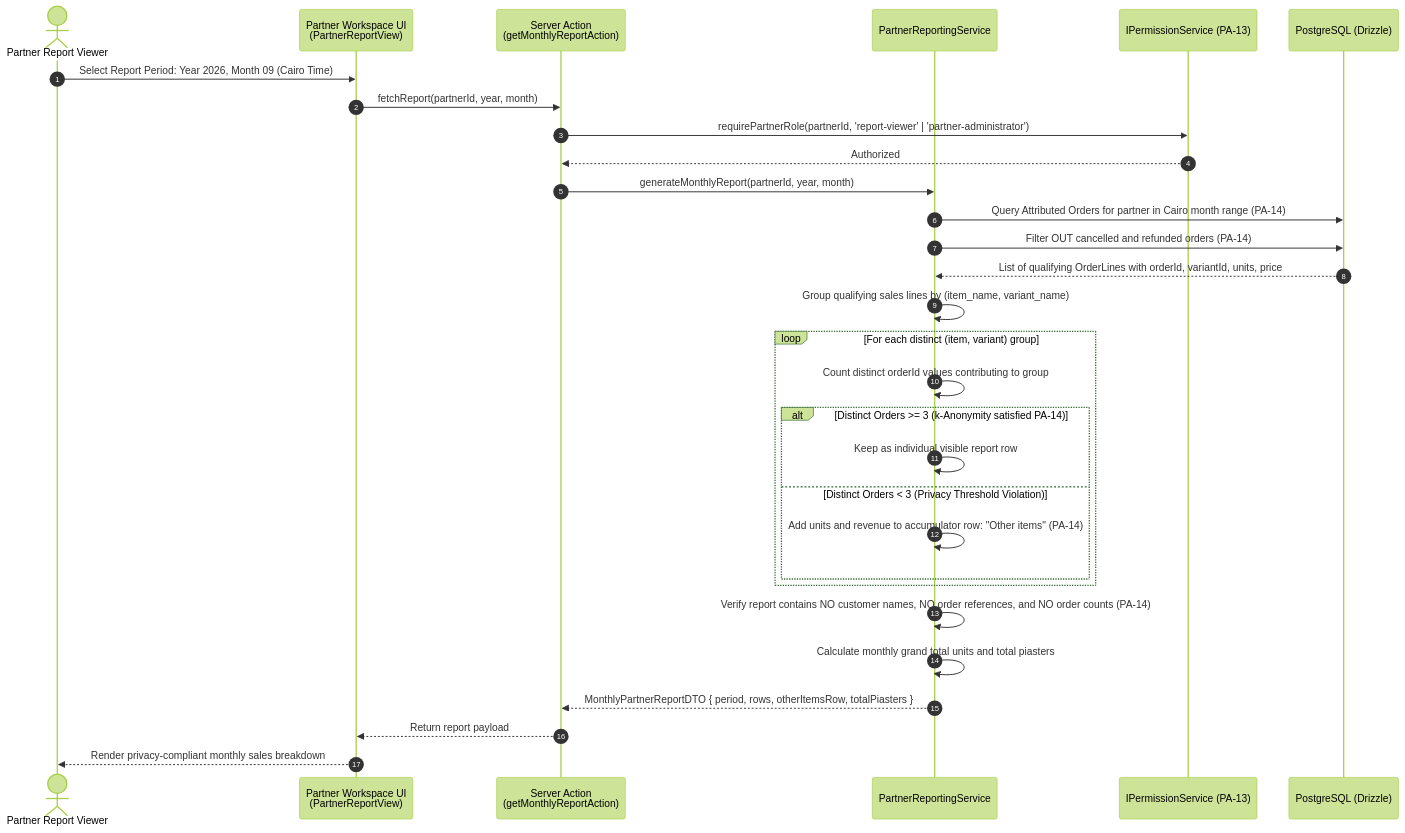
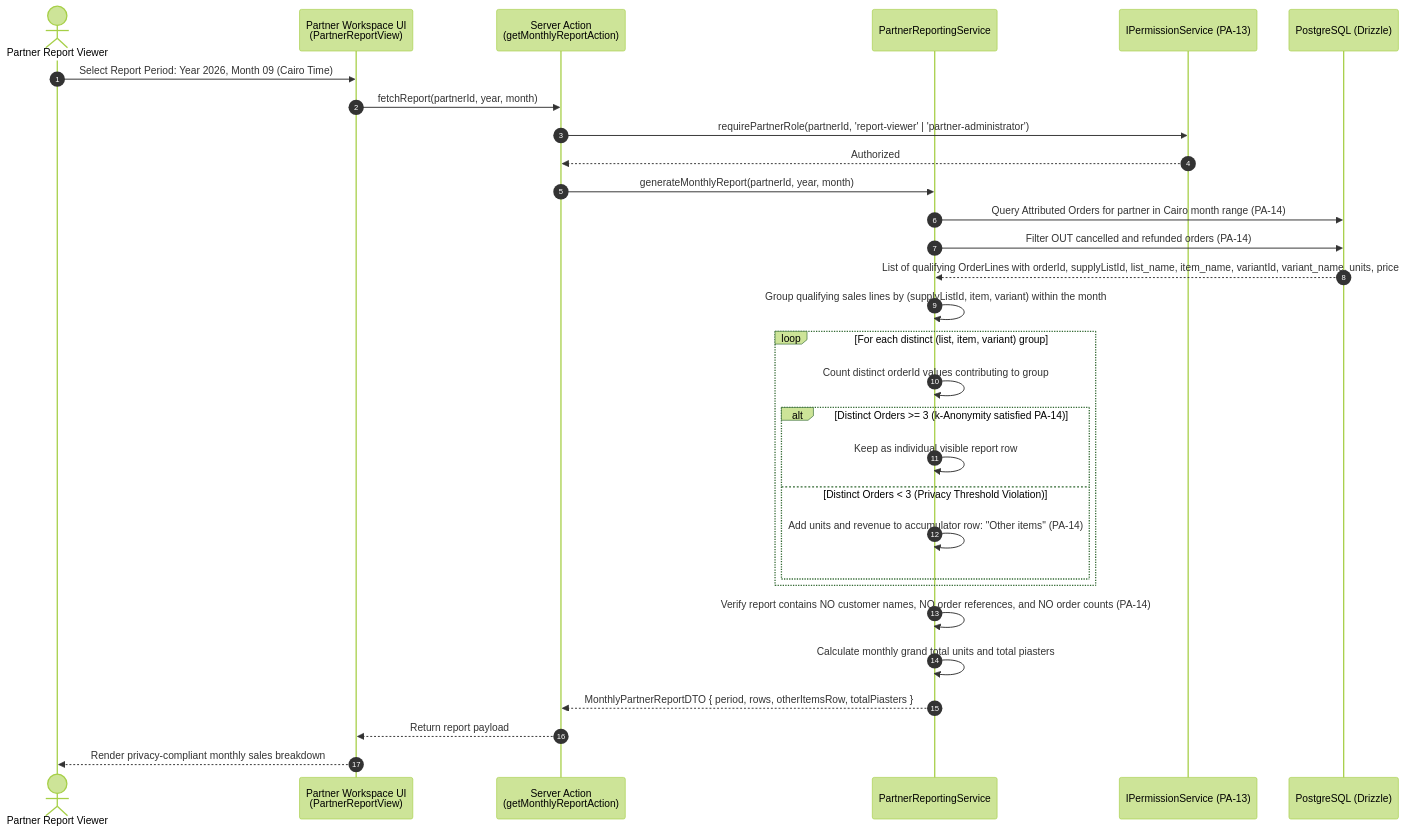
One commit to 3mrhussein/findeg changed the ninth of 9 diagrams in docs/business/system-sequence-diagrams.md. Above: the diagram before and after it, drawn with Mermaid (forest theme). The commit also changed 3 other files, not shown here.

````diff
--- a/docs/business/system-sequence-diagrams.md
+++ b/docs/business/system-sequence-diagrams.md
@@ -489,37 +489,37 @@
 ```mermaid
 sequenceDiagram
     autonumber
     actor Bursar as Partner Report Viewer
     participant UI as Partner Workspace UI<br/>(PartnerReportView)
     participant ServerAction as Server Action<br/>(getMonthlyReportAction)
     participant ReportService as PartnerReportingService
     participant AuthGuard as IPermissionService (PA-13)
     participant DB as PostgreSQL (Drizzle)
 
     Bursar->>UI: Select Report Period: Year 2026, Month 09 (Cairo Time)
     UI->>ServerAction: fetchReport(partnerId, year, month)
     ServerAction->>AuthGuard: requirePartnerRole(partnerId, 'report-viewer' | 'partner-administrator')
     AuthGuard-->>ServerAction: Authorized
     ServerAction->>ReportService: generateMonthlyReport(partnerId, year, month)
 
     ReportService->>DB: Query Attributed Orders for partner in Cairo month range (PA-14)
     ReportService->>DB: Filter OUT cancelled and refunded orders (PA-14)
-    DB-->>ReportService: List of qualifying OrderLines with orderId, variantId, units, price
+    DB-->>ReportService: List of qualifying OrderLines with orderId, supplyListId, list_name, item_name, variantId, variant_name, units, price
 
-    ReportService->>ReportService: Group qualifying sales lines by (item_name, variant_name)
+    ReportService->>ReportService: Group qualifying sales lines by (supplyListId, item, variant) within the month
     
-    loop For each distinct (item, variant) group
+    loop For each distinct (list, item, variant) group
         ReportService->>ReportService: Count distinct orderId values contributing to group
         alt Distinct Orders >= 3 (k-Anonymity satisfied PA-14)
             ReportService->>ReportService: Keep as individual visible report row
         else Distinct Orders < 3 (Privacy Threshold Violation)
             ReportService->>ReportService: Add units and revenue to accumulator row: "Other items" (PA-14)
         end
     end
 
     ReportService->>ReportService: Verify report contains NO customer names, NO order references, and NO order counts (PA-14)
     ReportService->>ReportService: Calculate monthly grand total units and total piasters
     ReportService-->>ServerAction: MonthlyPartnerReportDTO { period, rows, otherItemsRow, totalPiasters }
     ServerAction-->>UI: Return report payload
     UI-->>Bursar: Render privacy-compliant monthly sales breakdown
 ```
````
